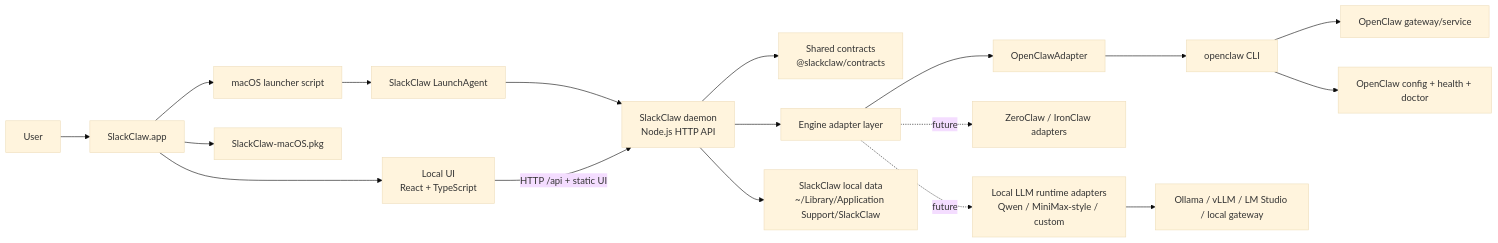
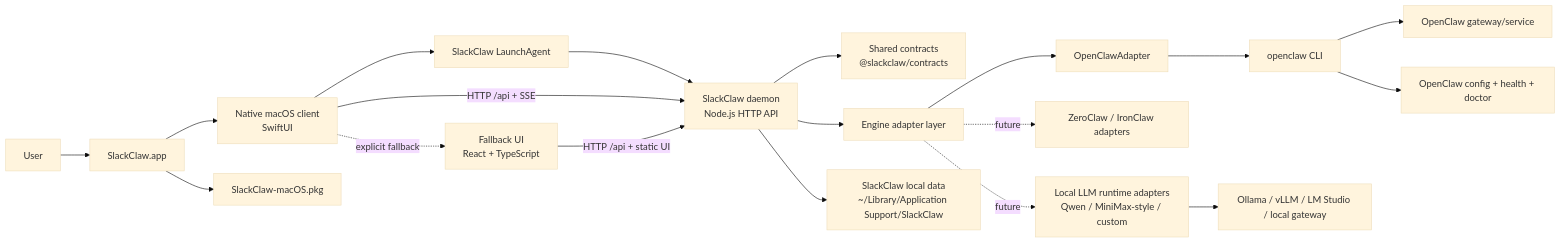
Before and after one commit to Jian130/chillclaw: the diagram in README.md, drawn with Mermaid (base theme). The commit also changed other lines of this file and 12548 other files, not shown here.

````diff
--- a/README.md
+++ b/README.md
@@ -53,20 +59,21 @@
 ```mermaid
 flowchart LR
     User["User"] --> App["SlackClaw.app"]
-    App --> Launcher["macOS launcher script"]
-    Launcher --> LaunchAgent["SlackClaw LaunchAgent"]
+    App --> Native["Native macOS client<br/>SwiftUI"]
+    Native --> LaunchAgent["SlackClaw LaunchAgent"]
     LaunchAgent --> Daemon["SlackClaw daemon<br/>Node.js HTTP API"]
-    App --> Browser["Local UI<br/>React + TypeScript"]
+    Native -->|HTTP /api + SSE| Daemon
+    Native -. explicit fallback .-> Browser["Fallback UI<br/>React + TypeScript"]
     Browser -->|HTTP /api + static UI| Daemon
     Daemon --> Contracts["Shared contracts<br/>@slackclaw/contracts"]
     Daemon --> Adapter["Engine adapter layer"]
     Adapter --> OpenClaw["OpenClawAdapter"]
     Adapter -. future .-> Future["ZeroClaw / IronClaw adapters"]
     Adapter -. future .-> LocalLLM["Local LLM runtime adapters<br/>Qwen / MiniMax-style / custom"]
     OpenClaw --> CLI["openclaw CLI"]
     CLI --> Gateway["OpenClaw gateway/service"]
     CLI --> Config["OpenClaw config + health + doctor"]
     LocalLLM --> LocalRuntime["Ollama / vLLM / LM Studio / local gateway"]
     Daemon --> Data["SlackClaw local data<br/>~/Library/Application Support/SlackClaw"]
     App --> Pkg["SlackClaw-macOS.pkg"]
 ```
````
